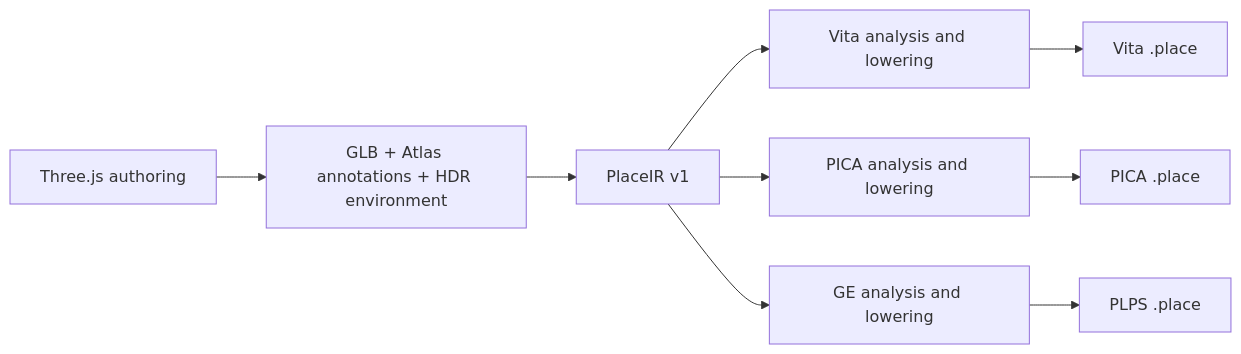
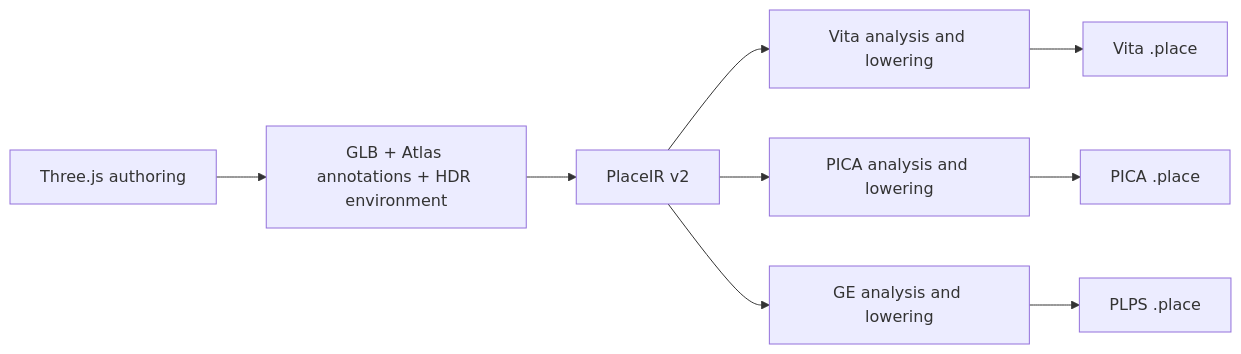
The diagram in docs/COMPILER.md (pocket-nexus/pocket-atlas), drawn with Mermaid before and after one commit. The commit also changed other lines of this file and 50 other files, not shown here.

````diff
--- a/docs/COMPILER.md
+++ b/docs/COMPILER.md
@@ -10,11 +10,11 @@
 ```mermaid
 flowchart LR
   Web[Three.js authoring] --> Export[GLB + Atlas annotations + HDR environment]
-  Export --> IR[PlaceIR v1]
+  Export --> IR[PlaceIR v2]
   IR --> Vita[Vita analysis and lowering]
   IR --> Pica[PICA analysis and lowering]
   IR --> GE[GE analysis and lowering]
   Vita --> VP[Vita .place]
   Pica --> PP[PICA .place]
   GE --> GP[PLPS .place]
 ```
````
